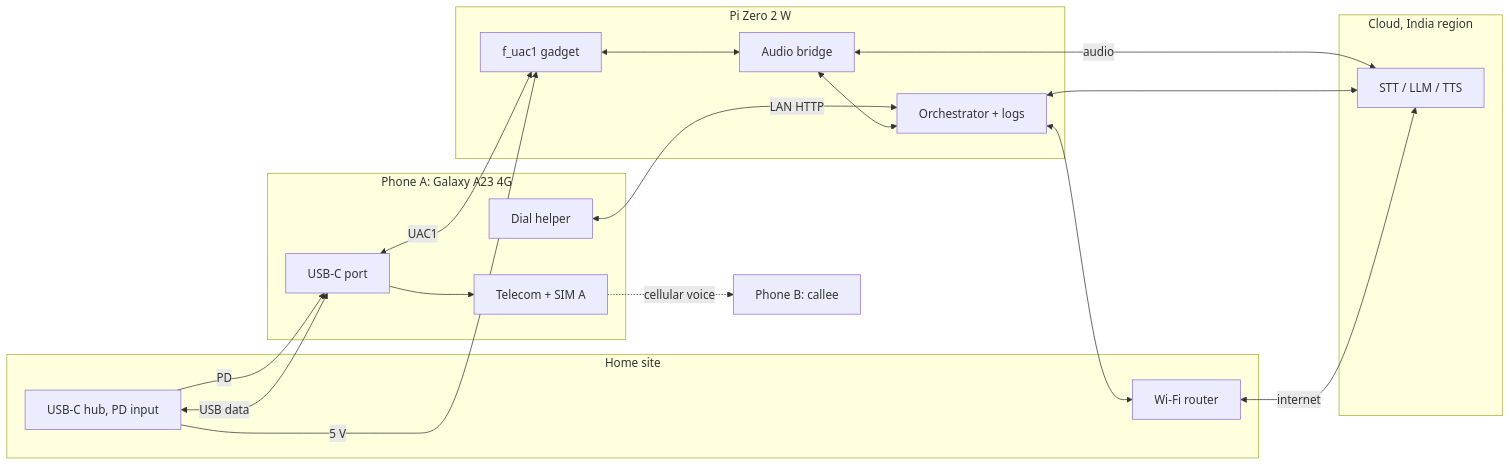
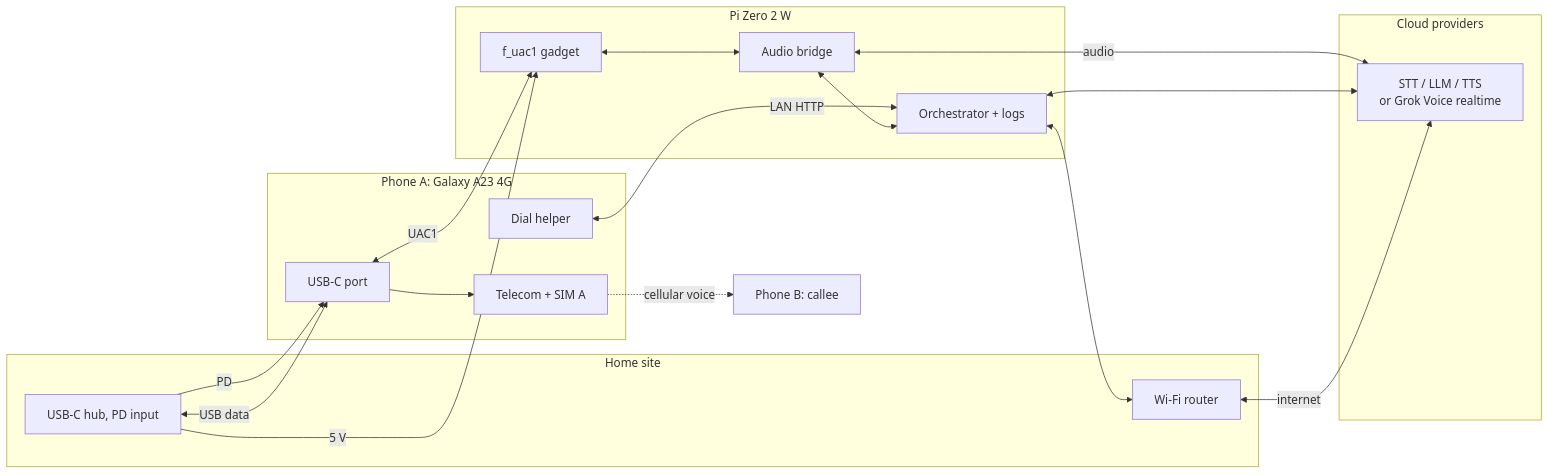
One commit to fahimalizain/android-telephone-agent changed the third of 5 diagrams in docs/architecture.md. Above: the diagram before and after it, drawn with Mermaid. The commit also changed other lines of this file and 24 other files, not shown here.

First line of the commit message:
feat(agent): add Grok Voice realtime adapter

````diff
--- a/docs/architecture.md
+++ b/docs/architecture.md
@@ -215,34 +215,34 @@
 ```mermaid
 flowchart LR
   subgraph PA["Phone A: Galaxy A23 4G"]
     USB["USB-C port"]
     TEL["Telecom + SIM A"]
     HLP["Dial helper"]
   end
   subgraph PI["Pi Zero 2 W"]
     GAD["f_uac1 gadget"]
     BR["Audio bridge"]
     OR["Orchestrator + logs"]
   end
   subgraph SITE["Home site"]
     HUB["USB-C hub, PD input"]
     RTR["Wi-Fi router"]
   end
-  subgraph CLOUD["Cloud, India region"]
-    VOICE["STT / LLM / TTS"]
+  subgraph CLOUD["Cloud providers"]
+    VOICE["STT / LLM / TTS<br/>or Grok Voice realtime"]
   end
   B["Phone B: callee"]
   HUB -->|"PD"| USB
   HUB -->|"5 V"| GAD
   HUB <-->|"USB data"| USB
   USB <-->|"UAC1"| GAD
   USB --> TEL
   TEL -.->|"cellular voice"| B
   HLP <-->|"LAN HTTP"| OR
   GAD <--> BR
   BR <--> OR
   BR <-->|"audio"| VOICE
   OR <--> VOICE
   OR <--> RTR
   RTR <-->|"internet"| VOICE
 ```
````
